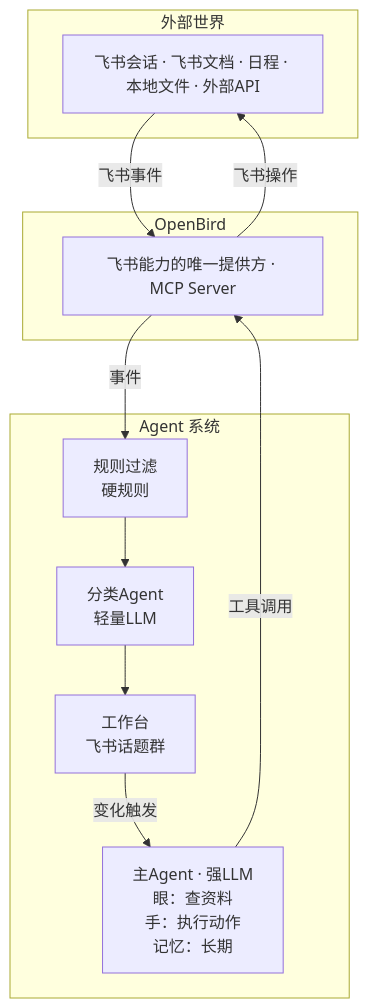
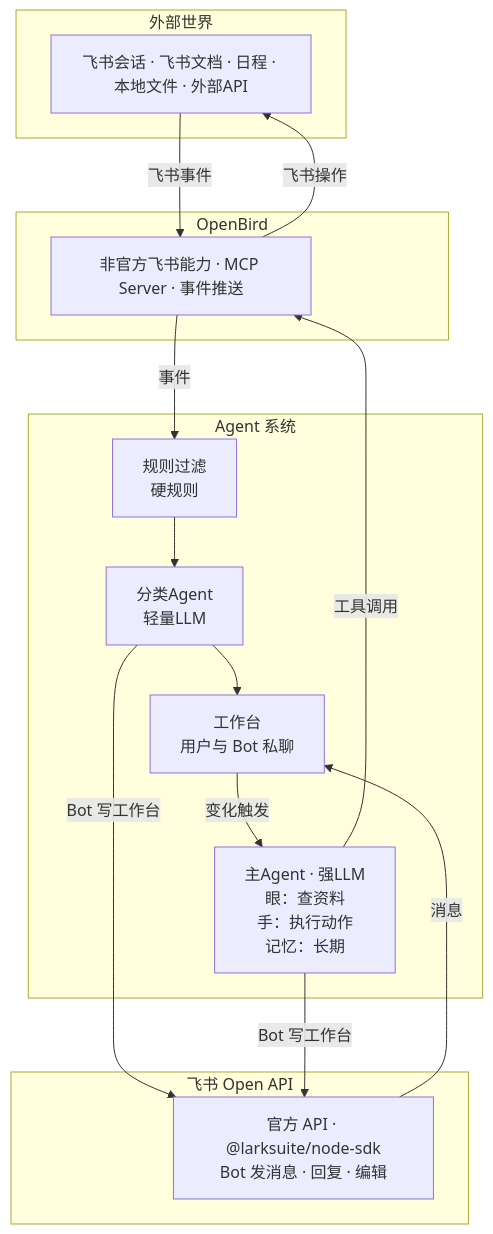
One commit to ztxtxwd/openbird-examples changed the diagram in oriole/docs/thoughts/2026-02-25-general-agent-architecture.md. Above: the diagram before and after it, drawn with Mermaid. The commit also changed other lines of this file and 14 other files, not shown here.

````diff
--- a/oriole/docs/thoughts/2026-02-25-general-agent-architecture.md
+++ b/oriole/docs/thoughts/2026-02-25-general-agent-architecture.md
@@ -36,20 +45,27 @@
 ```mermaid
 graph TB
     subgraph 外部世界
         A[飞书会话 · 飞书文档 · 日程 · 本地文件 · 外部API]
     end
 
     subgraph OpenBird
-        B[飞书能力的唯一提供方 · MCP Server]
+        B[非官方飞书能力 · MCP Server · 事件推送]
+    end
+
+    subgraph 飞书 Open API
+        G["官方 API · @larksuite/node-sdk<br>Bot 发消息 · 回复 · 编辑"]
     end
 
     subgraph Agent 系统
-        C["规则过滤<br>硬规则"] --> D["分类Agent<br>轻量LLM"] --> E["工作台<br>飞书话题群"]
+        C["规则过滤<br>硬规则"] --> D["分类Agent<br>轻量LLM"] --> E["工作台<br>用户与 Bot 私聊"]
         E -->|变化触发| F["主Agent · 强LLM<br>眼：查资料<br>手：执行动作<br>记忆：长期"]
     end
 
     A -->|飞书事件| B
     B -->|事件| C
     F -->|工具调用| B
     B -->|飞书操作| A
+    D -->|Bot 写工作台| G
+    F -->|Bot 写工作台| G
+    G -->|消息| E
 ```
````
